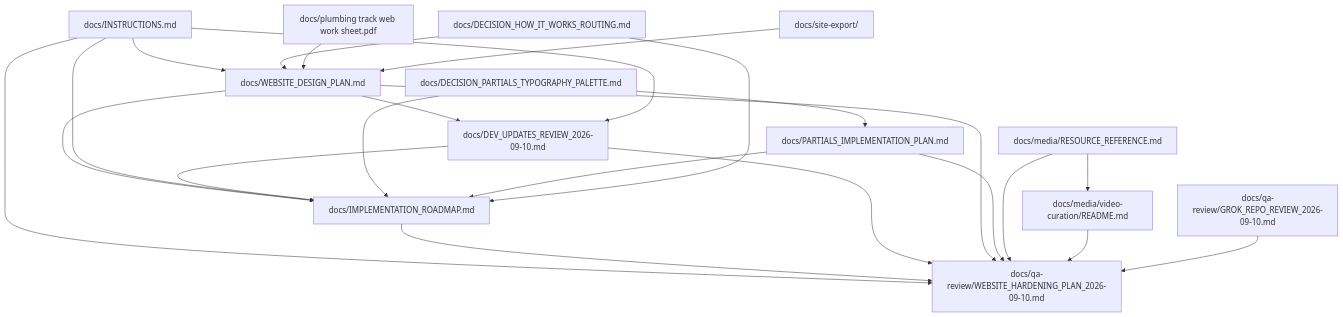
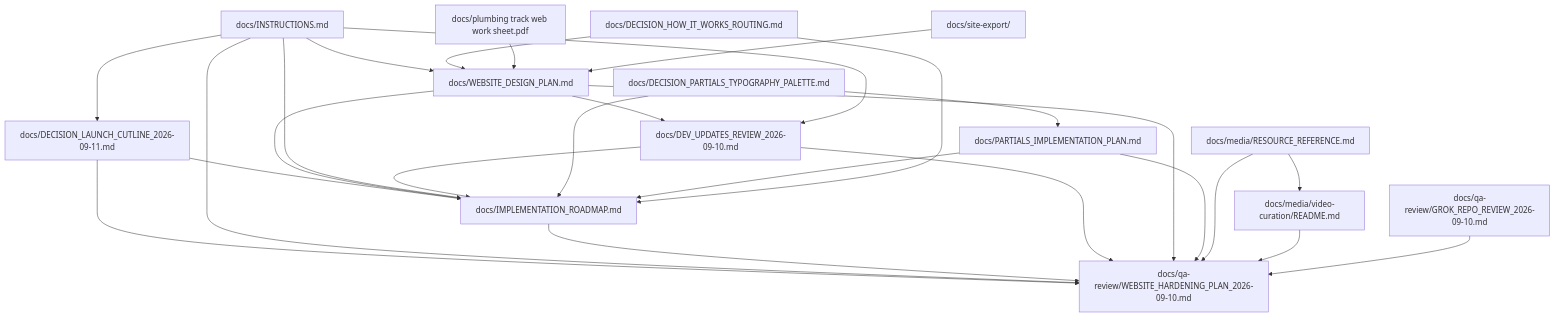
The diagram in docs/INDEX.md (seanbman/pt-site-updates), drawn with Mermaid before and after one commit. The commit also changed other lines of this file, not shown here.

Commit message:
docs: index current launch cutline

````diff
--- a/docs/INDEX.md
+++ b/docs/INDEX.md
@@ -25,39 +26,43 @@
 ```mermaid
 flowchart TD
     I[docs/INSTRUCTIONS.md]
+    L[docs/DECISION_LAUNCH_CUTLINE_2026-09-11.md]
     D[docs/WEBSITE_DESIGN_PLAN.md]
     R[docs/IMPLEMENTATION_ROADMAP.md]
     V[docs/DEV_UPDATES_REVIEW_2026-09-10.md]
     P[docs/PARTIALS_IMPLEMENTATION_PLAN.md]
     PT[docs/DECISION_PARTIALS_TYPOGRAPHY_PALETTE.md]
     H[docs/DECISION_HOW_IT_WORKS_ROUTING.md]
     M[docs/media/RESOURCE_REFERENCE.md]
     MV[docs/media/video-curation/README.md]
     G[docs/qa-review/GROK_REPO_REVIEW_2026-09-10.md]
     Q[docs/qa-review/WEBSITE_HARDENING_PLAN_2026-09-10.md]
     W[docs/plumbing track web work sheet.pdf]
     S[docs/site-export/]
 
+    I --> L
+    L --> R
+    L --> Q
     I --> D
     D --> R
     I --> R
     D --> V
     I --> V
     V --> R
     PT --> P
     PT --> R
     P --> R
     H --> R
     H --> D
     W --> D
     S --> D
     I --> Q
     R --> Q
     V --> Q
     D --> Q
     P --> Q
     M --> Q
     M --> MV
     MV --> Q
     G --> Q
 ```
````
